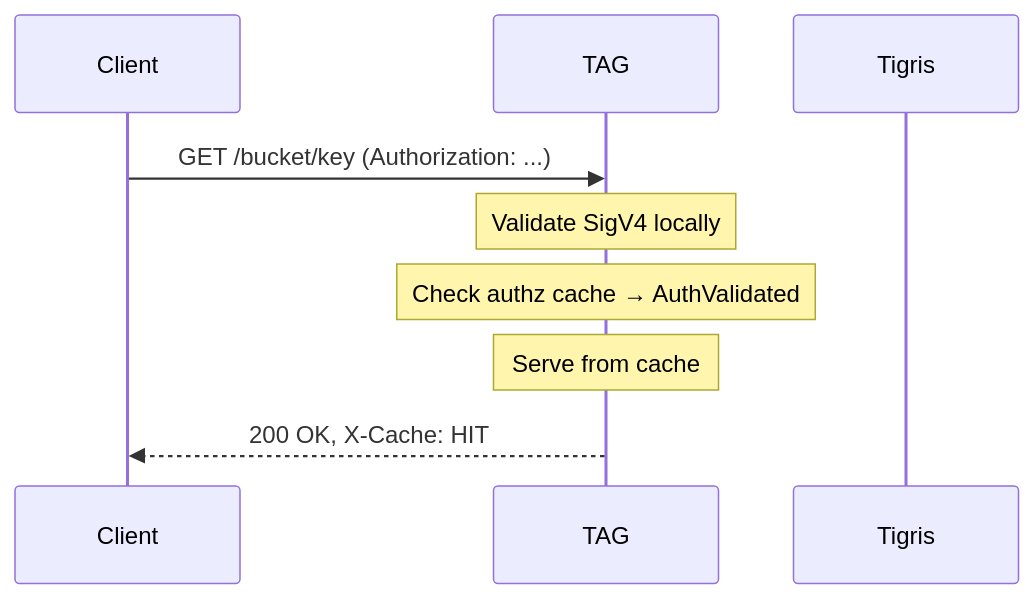
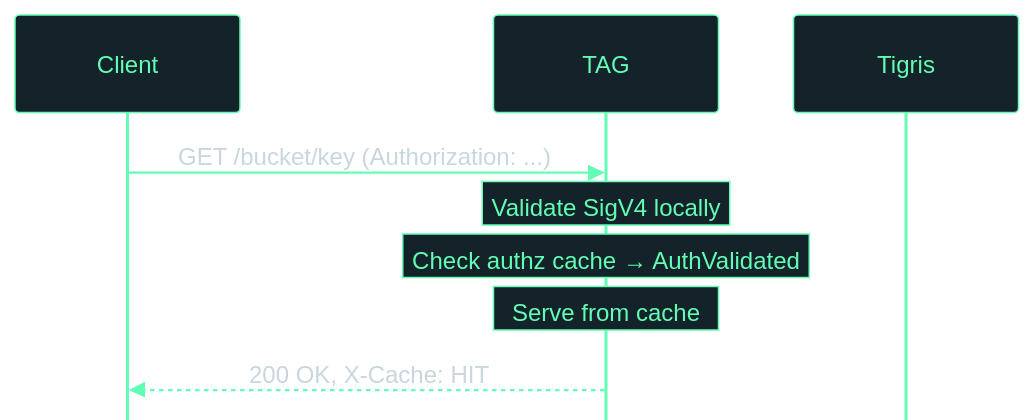
The second of 3 diagrams in docs/acceleration-gateway/security.mdx (tigrisdata/tigris-os-docs), drawn with Mermaid before and after one commit. The commit also changed other lines of this file and 2 other files, not shown here.

First line of the commit message:
style: match mermaid diagrams to TAG lander diagram styling

````diff
--- a/docs/acceleration-gateway/security.mdx
+++ b/docs/acceleration-gateway/security.mdx
@@ -96,12 +97,13 @@
 ```mermaid
+%%{init: {'theme': 'base', 'sequence': {'mirrorActors': false, 'messageMargin': 30, 'boxMargin': 6, 'noteMargin': 6}, 'themeVariables': {'primaryColor': '#142229', 'primaryTextColor': '#c8d6de', 'primaryBorderColor': '#1e3340', 'lineColor': '#62FEB5', 'secondaryColor': '#101c24', 'tertiaryColor': '#0e1920', 'edgeLabelBackground': 'transparent', 'clusterBkg': '#0e1920', 'clusterBorder': '#1e3340', 'fontFamily': 'sans-serif', 'fontSize': '13px', 'background': '#0e1920', 'textColor': '#8fa3b0', 'nodeBorder': '#1e3340', 'actorBkg': '#142229', 'actorBorder': '#62FEB5', 'actorTextColor': '#62FEB5', 'signalColor': '#62FEB5', 'signalTextColor': '#c8d6de', 'noteBkgColor': '#142229', 'noteBorderColor': '#62FEB5', 'noteTextColor': '#62FEB5', 'activationBkgColor': '#142229', 'activationBorderColor': '#62FEB5', 'sequenceNumberColor': '#0A171E'}}}%%
 sequenceDiagram
     participant C as Client
     participant T as TAG
     participant S as Tigris
 
     C->>T: GET /bucket/key (Authorization: ...)
     Note over T: Validate SigV4 locally
     Note over T: Check authz cache → AuthValidated
     Note over T: Serve from cache
     T-->>C: 200 OK, X-Cache: HIT
 ```
````
